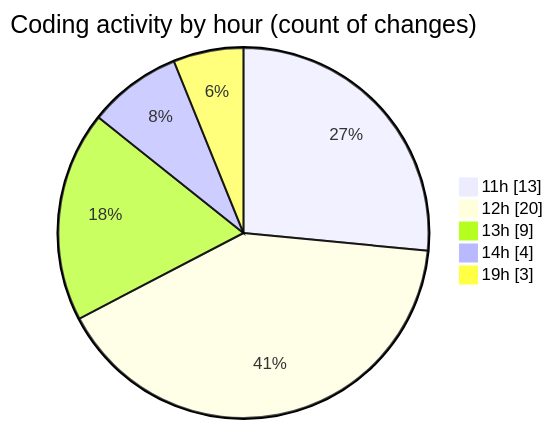
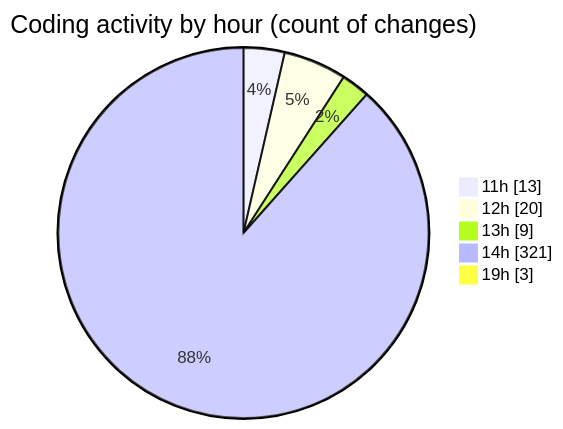
One commit to nxtqubesakshisongat/code-tracking changed the second of 2 diagrams in 2025-12-14/nxtqube_webapp/README.md. Above: the diagram before and after it, drawn with Mermaid. The commit also changed other lines of this file and 1 other file, not shown here.

````diff
--- a/2025-12-14/nxtqube_webapp/README.md
+++ b/2025-12-14/nxtqube_webapp/README.md
@@ -35,9 +35,9 @@
 ```mermaid
 pie showData
 title Coding activity by hour (count of changes)
 "11h" : 13
 "12h" : 20
 "13h" : 9
-"14h" : 4
+"14h" : 321
 "19h" : 3
 ```
````
